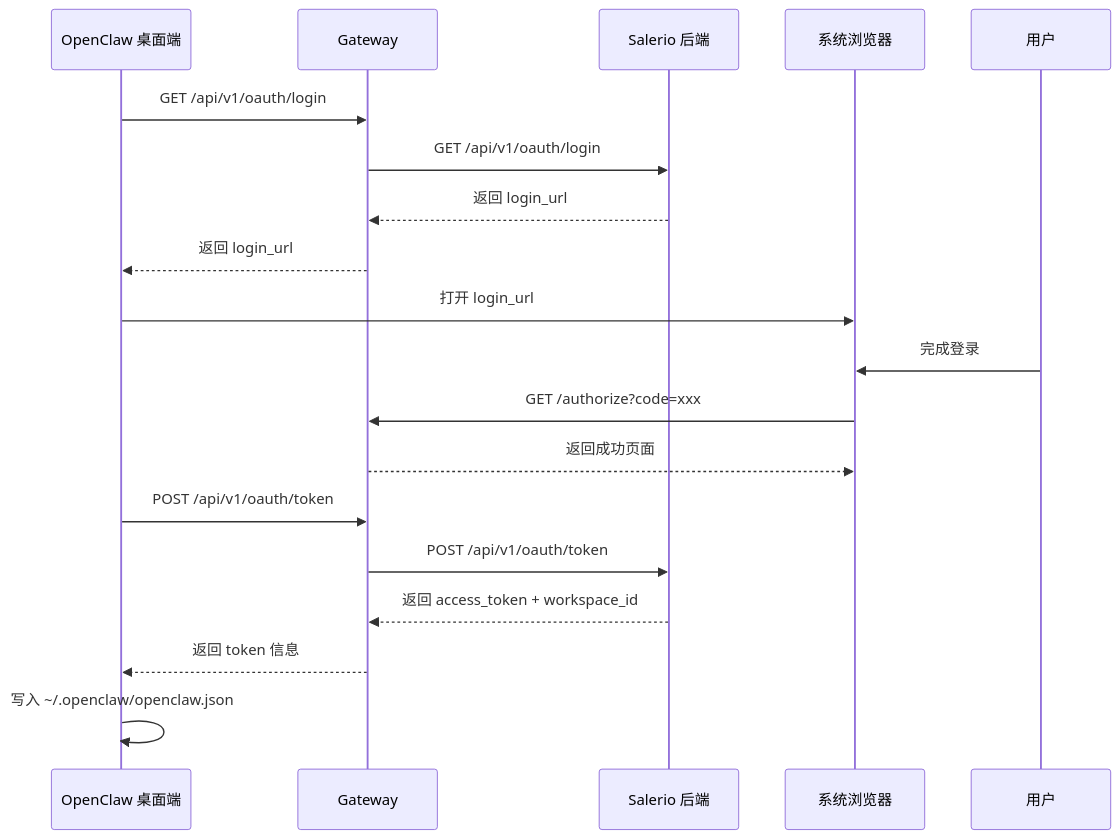
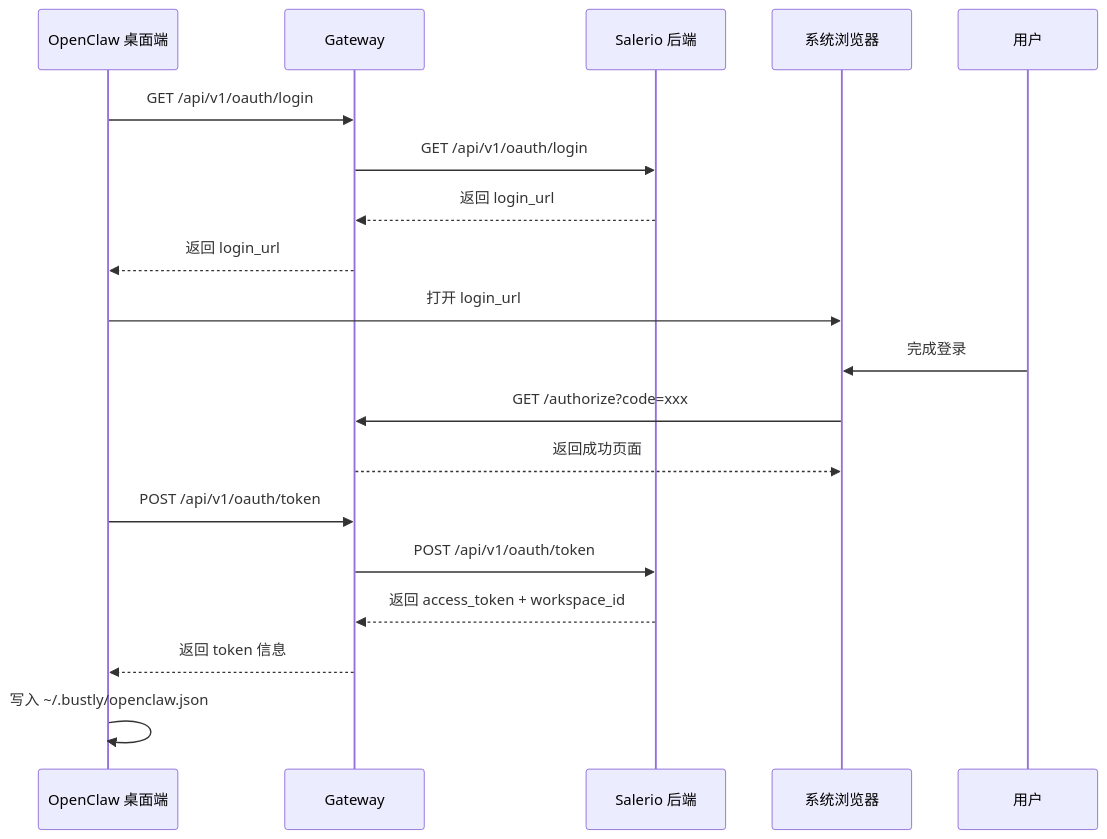
Before and after one commit to salerio-ai/openclaw: the diagram in docs/bustly/02、API接口规范.md, drawn with Mermaid. The commit also changed other lines of this file and 256 other files, not shown here.

First line of the commit message:
refactor: 将默认配置目录从 .openclaw 重命名为 .bustly

````diff
--- a/docs/bustly/02、API接口规范.md
+++ b/docs/bustly/02、API接口规范.md
@@ -253,24 +253,24 @@
 ```mermaid
 sequenceDiagram
     participant 桌面端 as OpenClaw 桌面端
     participant 网关 as Gateway
     participant Salerio as Salerio 后端
     participant 浏览器 as 系统浏览器
 
     桌面端->>网关: GET /api/v1/oauth/login
     网关->>Salerio: GET /api/v1/oauth/login
     Salerio-->>网关: 返回 login_url
     网关-->>桌面端: 返回 login_url
     桌面端->>浏览器: 打开 login_url
 
     用户->>浏览器: 完成登录
     浏览器->>网关: GET /authorize?code=xxx
     网关-->>浏览器: 返回成功页面
 
     桌面端->>网关: POST /api/v1/oauth/token
     网关->>Salerio: POST /api/v1/oauth/token
     Salerio-->>网关: 返回 access_token + workspace_id
     网关-->>桌面端: 返回 token 信息
 
-    桌面端->>桌面端: 写入 ~/.openclaw/openclaw.json
+    桌面端->>桌面端: 写入 ~/.bustly/openclaw.json
 ```
````
